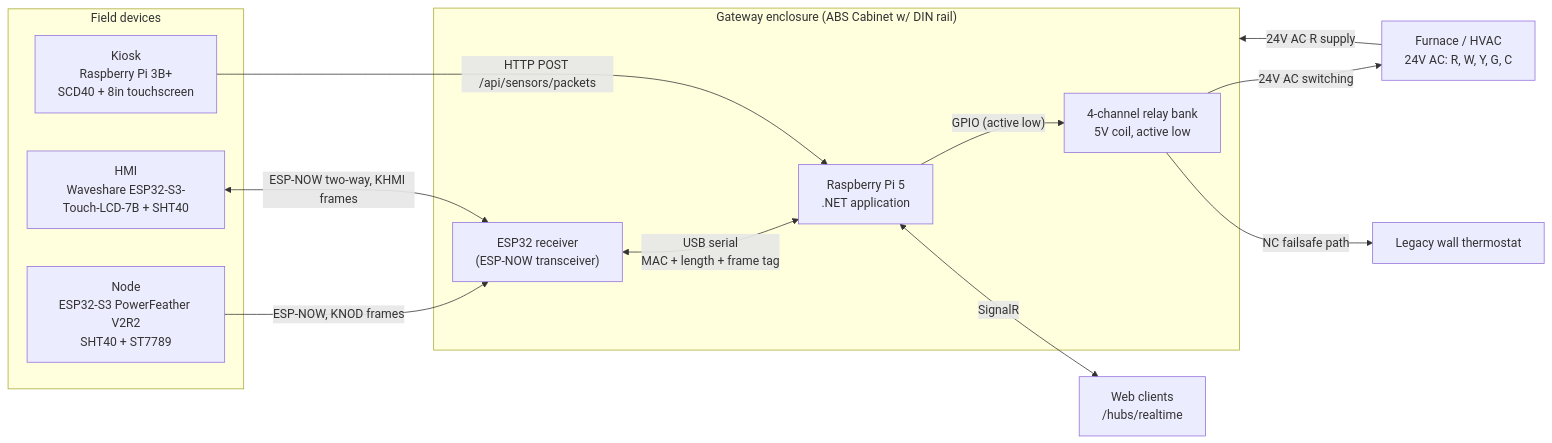
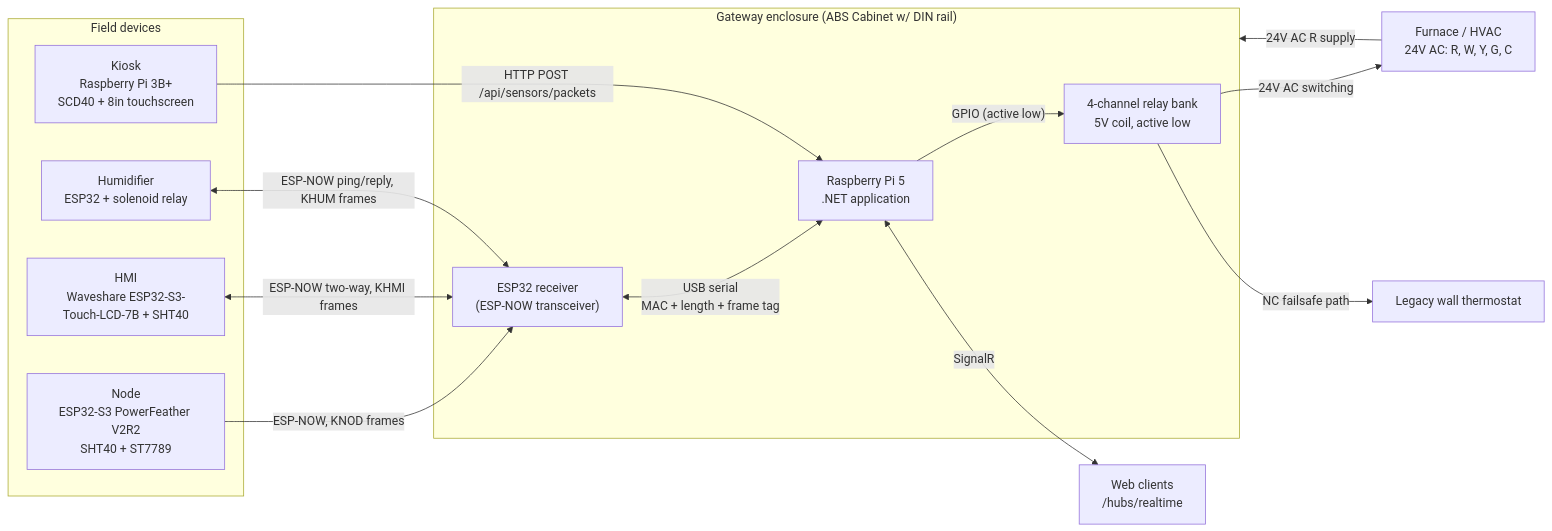
The first of 6 diagrams in docs/Kelvin Project Wiring Diagram.md (michaelfdeberry/Kelvin), drawn with Mermaid before and after one commit. The commit also changed other lines of this file and 33 other files, not shown here.

````diff
--- a/docs/Kelvin Project Wiring Diagram.md
+++ b/docs/Kelvin Project Wiring Diagram.md
@@ -17,28 +18,30 @@
 ```mermaid
 flowchart LR
     subgraph Field["Field devices"]
         N1["Node<br/>ESP32-S3 PowerFeather V2R2<br/>SHT40 + ST7789"]
         H1["HMI<br/>Waveshare ESP32-S3-Touch-LCD-7B + SHT40"]
         K1["Kiosk<br/>Raspberry Pi 3B+<br/>SCD40 + 8in touchscreen"]
+        HU["Humidifier<br/>ESP32 + solenoid relay"]
     end
 
     subgraph Enclosure["Gateway enclosure (ABS Cabinet w/ DIN rail)"]
         ESP["ESP32 receiver<br/>(ESP-NOW transceiver)"]
         PI["Raspberry Pi 5<br/>.NET application"]
         RB["4-channel relay bank<br/>5V coil, active low"]
     end
 
     WEB["Web clients<br/>/hubs/realtime"]
     HVAC["Furnace / HVAC<br/>24V AC: R, W, Y, G, C"]
     WT["Legacy wall thermostat"]
 
     N1 -- "ESP-NOW, KNOD frames" --> ESP
     H1 <-- "ESP-NOW two-way, KHMI frames" --> ESP
+    HU <-- "ESP-NOW ping/reply, KHUM frames" --> ESP
     ESP <-- "USB serial<br/>MAC + length + frame tag" --> PI
     K1 -- "HTTP POST /api/sensors/packets" --> PI
     PI <-- "SignalR" --> WEB
     PI -- "GPIO (active low)" --> RB
     RB -- "24V AC switching" --> HVAC
     RB -- "NC failsafe path" --> WT
     HVAC -- "24V AC R supply" --> Enclosure
 ```
````
